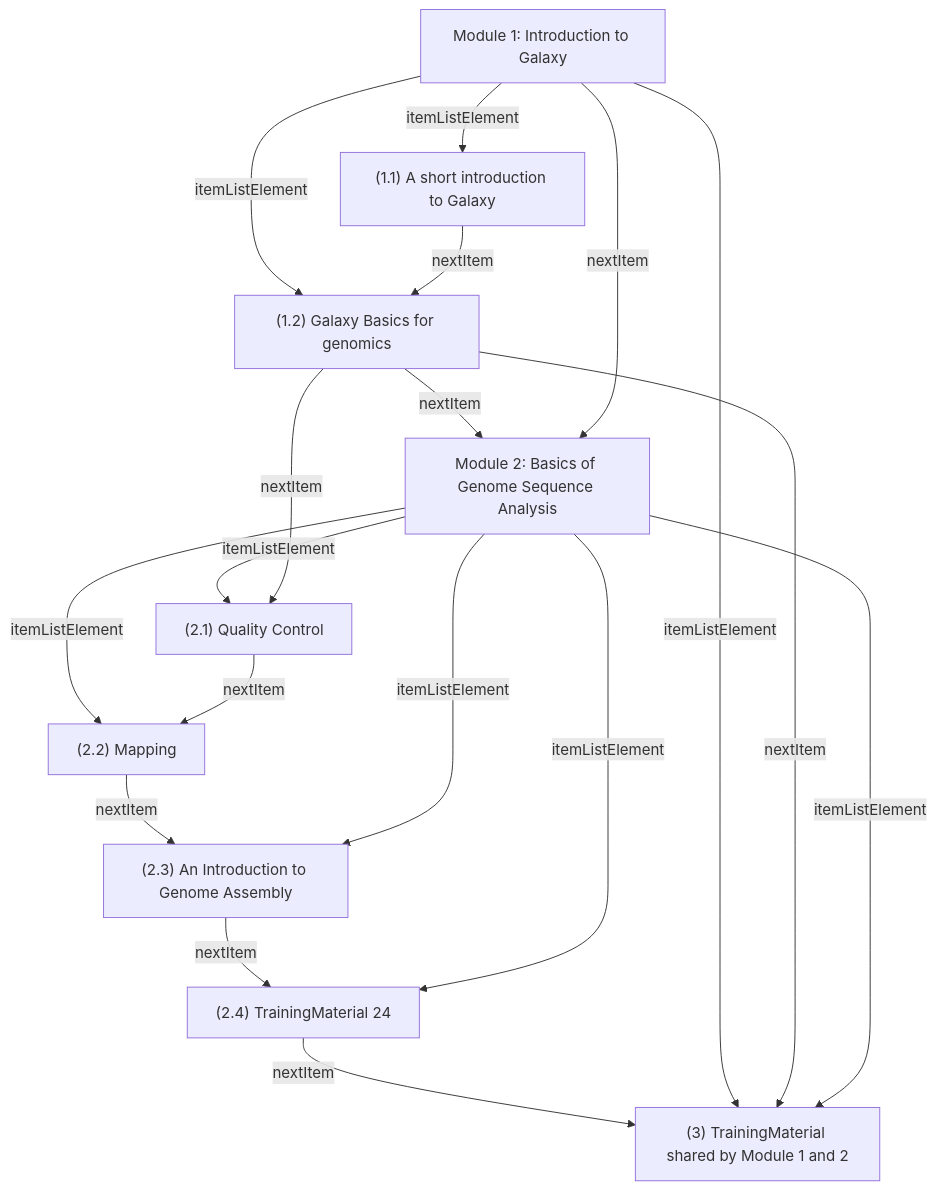
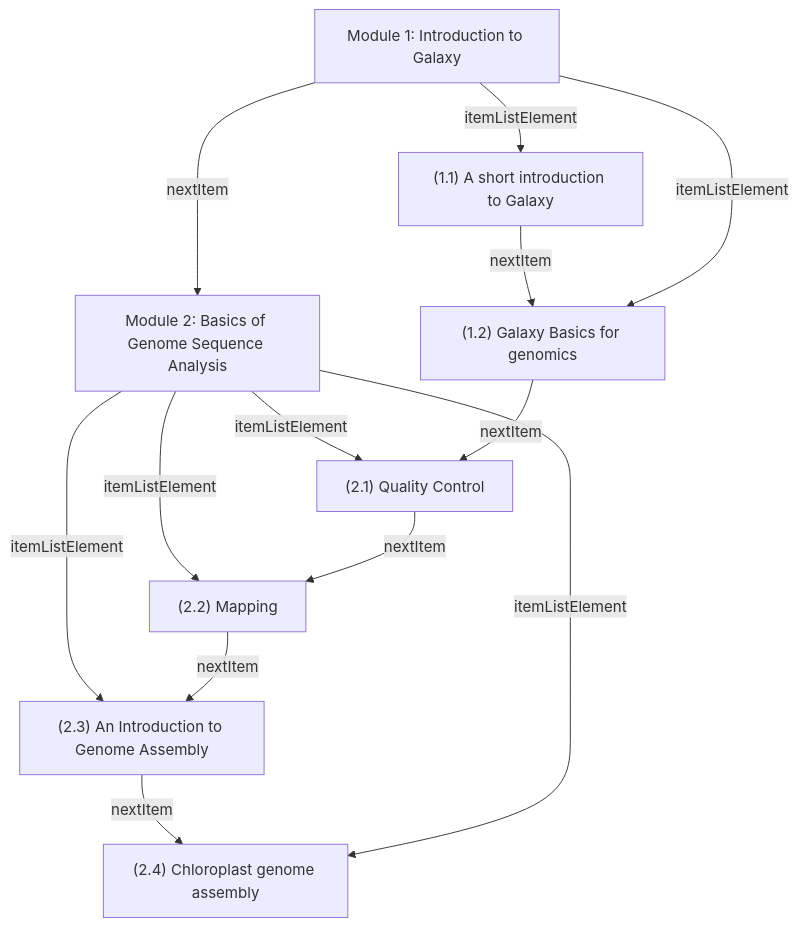
The first of 2 diagrams in README.md (BioSchemas/LearningPath-sandbox), drawn with Mermaid before and after one commit. The commit also changed other lines of this file and 4 other files, not shown here.

````diff
--- a/README.md
+++ b/README.md
@@ -79,54 +73,39 @@
 ```mermaid
 graph TD
-N2["Module 2: Basics of Genome Sequence Analysis"]
+N2["(1.1) A short introduction to Galaxy"]
+N3["(1.2) Galaxy Basics for genomics"]
+N2 -- nextItem --> N3
+N7["(2.3) An Introduction to Genome Assembly"]
+N8["(2.4) Chloroplast genome assembly"]
+N7 -- nextItem --> N8
+N4["Module 2: Basics of Genome Sequence Analysis"]
+N7["(2.3) An Introduction to Genome Assembly"]
+N4 -- itemListElement --> N7
+N4["Module 2: Basics of Genome Sequence Analysis"]
+N8["(2.4) Chloroplast genome assembly"]
+N4 -- itemListElement --> N8
+N4["Module 2: Basics of Genome Sequence Analysis"]
 N6["(2.2) Mapping"]
-N2 -- itemListElement --> N6
+N4 -- itemListElement --> N6
 N6["(2.2) Mapping"]
 N7["(2.3) An Introduction to Genome Assembly"]
 N6 -- nextItem --> N7
-N2["Module 2: Basics of Genome Sequence Analysis"]
-N5["(2.1) Quality Control"]
-N2 -- itemListElement --> N5
-N8["(2.4) TrainingMaterial 24"]
-N9["(3) TrainingMaterial shared by Module 1 and 2"]
-N8 -- nextItem --> N9
-N1["Module 1: Introduction to Galaxy"]
-N9["(3) TrainingMaterial shared by Module 1 and 2"]
-N1 -- itemListElement --> N9
-N4["(1.2) Galaxy Basics for genomics"]
-N9["(3) TrainingMaterial shared by Module 1 and 2"]
-N4 -- nextItem --> N9
-N1["Module 1: Introduction to Galaxy"]
-N4["(1.2) Galaxy Basics for genomics"]
-N1 -- itemListElement --> N4
-N4["(1.2) Galaxy Basics for genomics"]
-N2["Module 2: Basics of Genome Sequence Analysis"]
-N4 -- nextItem --> N2
-N4["(1.2) Galaxy Basics for genomics"]
-N5["(2.1) Quality Control"]
-N4 -- nextItem --> N5
-N1["Module 1: Introduction to Galaxy"]
-N2["Module 2: Basics of Genome Sequence Analysis"]
-N1 -- nextItem --> N2
-N3["(1.1) A short introduction to Galaxy"]
-N4["(1.2) Galaxy Basics for genomics"]
-N3 -- nextItem --> N4
-N7["(2.3) An Introduction to Genome Assembly"]
-N8["(2.4) TrainingMaterial 24"]
-N7 -- nextItem --> N8
-N2["Module 2: Basics of Genome Sequence Analysis"]
-N7["(2.3) An Introduction to Genome Assembly"]
-N2 -- itemListElement --> N7
-N2["Module 2: Basics of Genome Sequence Analysis"]
-N9["(3) TrainingMaterial shared by Module 1 and 2"]
-N2 -- itemListElement --> N9
-N2["Module 2: Basics of Genome Sequence Analysis"]
-N8["(2.4) TrainingMaterial 24"]
-N2 -- itemListElement --> N8
 N5["(2.1) Quality Control"]
 N6["(2.2) Mapping"]
 N5 -- nextItem --> N6
+N4["Module 2: Basics of Genome Sequence Analysis"]
+N5["(2.1) Quality Control"]
+N4 -- itemListElement --> N5
 N1["Module 1: Introduction to Galaxy"]
-N3["(1.1) A short introduction to Galaxy"]
+N3["(1.2) Galaxy Basics for genomics"]
 N1 -- itemListElement --> N3
+N1["Module 1: Introduction to Galaxy"]
+N2["(1.1) A short introduction to Galaxy"]
+N1 -- itemListElement --> N2
+N3["(1.2) Galaxy Basics for genomics"]
+N5["(2.1) Quality Control"]
+N3 -- nextItem --> N5
+N1["Module 1: Introduction to Galaxy"]
+N4["Module 2: Basics of Genome Sequence Analysis"]
+N1 -- nextItem --> N4
 ```
````
